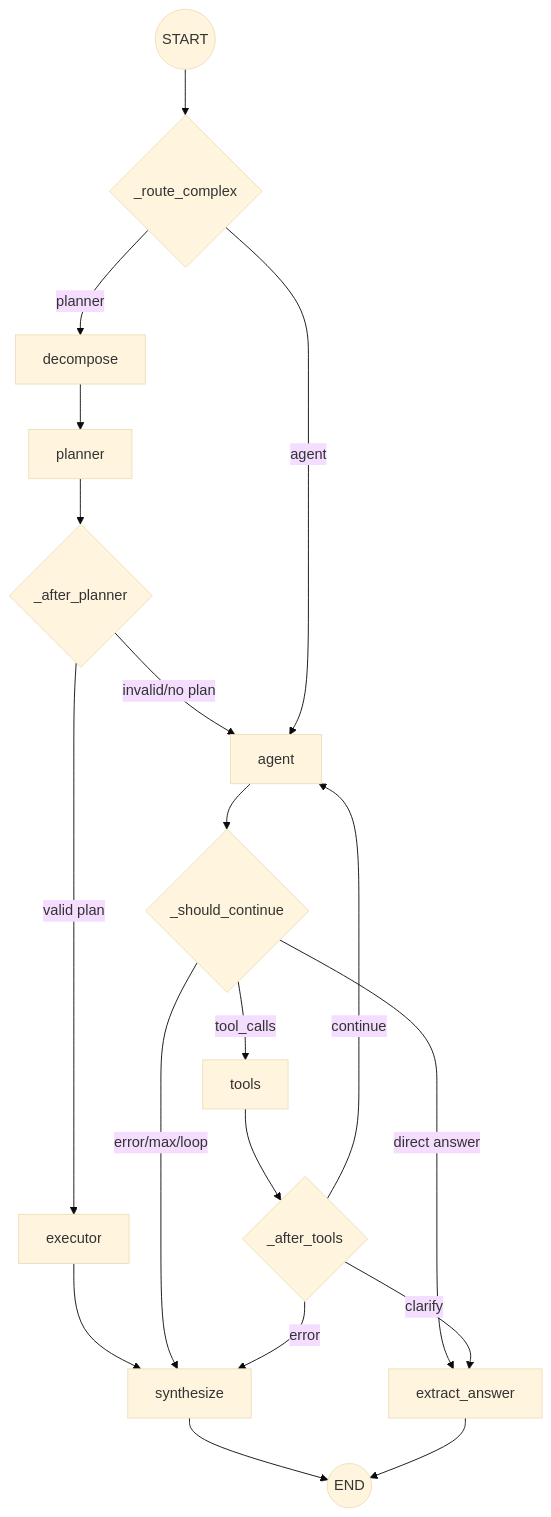
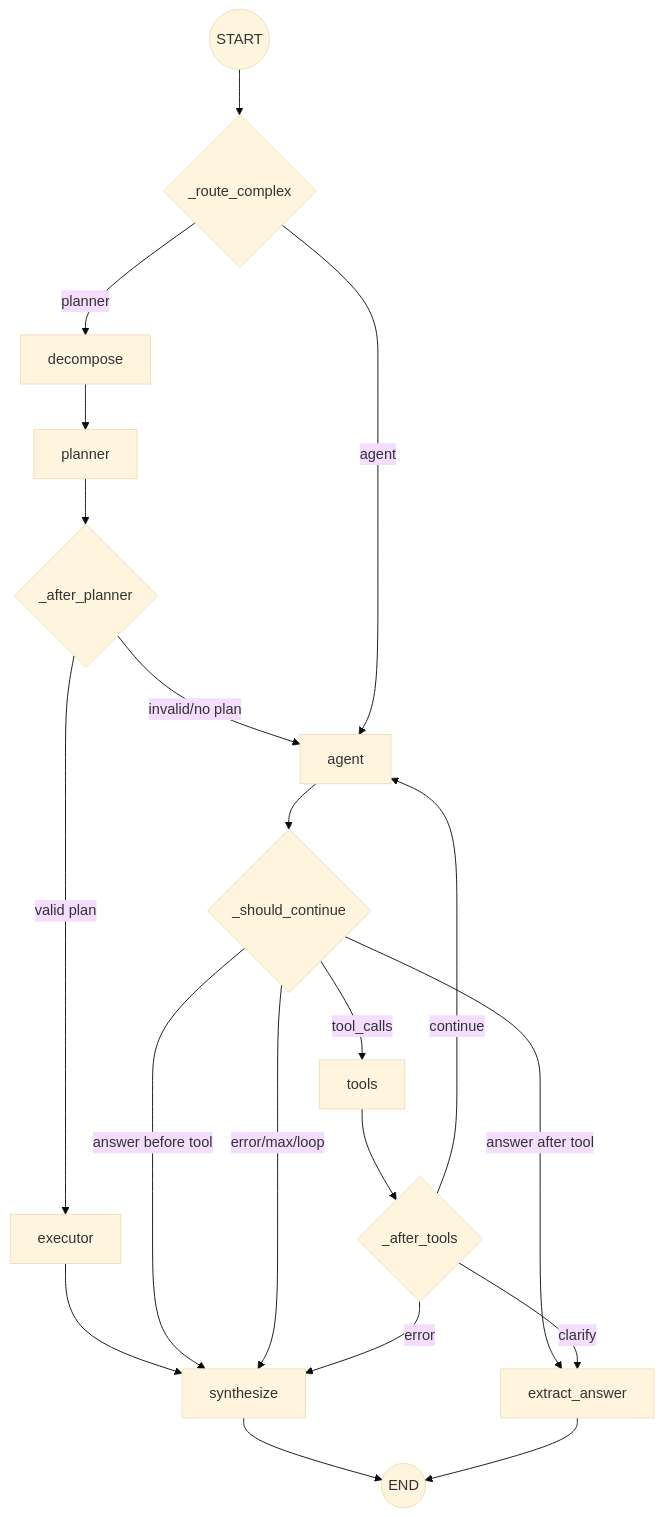
One commit to hoainam183/GR changed the diagram in src/RAG_v2/agent/MODULE.md. Above: the diagram before and after it, drawn with Mermaid (base theme). The commit also changed other lines of this file and 8 other files, not shown here.

````diff
--- a/src/RAG_v2/agent/MODULE.md
+++ b/src/RAG_v2/agent/MODULE.md
@@ -49,25 +49,26 @@
 ```mermaid
 graph TD
     START((START)) --> Route{_route_complex}
 
     Route -- planner --> Decompose[decompose]
     Decompose --> Planner[planner]
     Planner --> AfterPlanner{_after_planner}
     AfterPlanner -- valid plan --> Executor[executor]
     AfterPlanner -- invalid/no plan --> Agent[agent]
     Executor --> Synthesize[synthesize]
 
     Route -- agent --> Agent
     Agent --> Continue{_should_continue}
     Continue -- tool_calls --> Tools[tools]
-    Continue -- direct answer --> Extract[extract_answer]
+    Continue -- answer after tool --> Extract[extract_answer]
+    Continue -- answer before tool --> Synthesize
     Continue -- error/max/loop --> Synthesize
 
     Tools --> AfterTools{_after_tools}
     AfterTools -- continue --> Agent
     AfterTools -- error --> Synthesize
     AfterTools -- clarify --> Extract
 
     Synthesize --> END((END))
     Extract --> END
 ```
````
